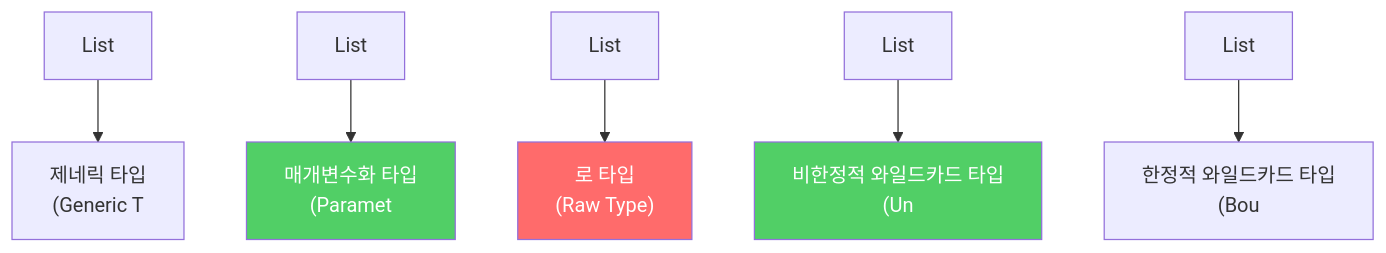
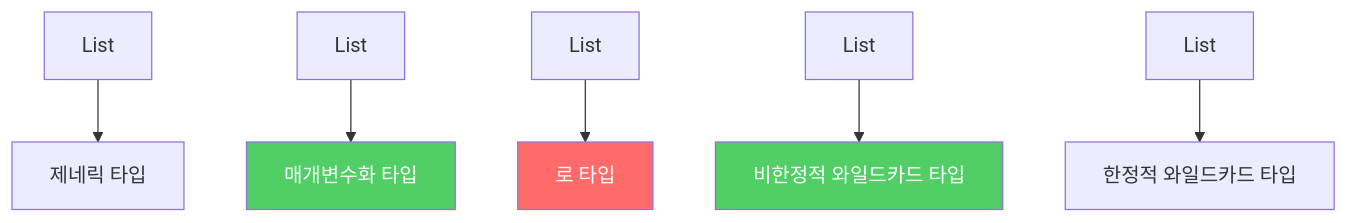
Before and after one commit to yjkim2015/yjkim2015.github.io: the third of 3 diagrams in _posts/java/2022-01-05-effective-java26.md, drawn with Mermaid. The commit also changed other lines of this file and 217 other files, not shown here.

First line of the commit message:
Mermaid 크기 수정: useMaxWidth:true + SVG max-width:100% + 라벨 축소

````diff
--- a/_posts/java/2022-01-05-effective-java26.md
+++ b/_posts/java/2022-01-05-effective-java26.md
@@ -191,11 +191,11 @@
 ```mermaid
 graph TD
-    A["List<E>"] --> B["제네릭 타입\n(Generic T"]
-    C["List<String>"] --> D["매개변수화 타입\n(Paramet"]
-    E["List"] --> F["로 타입\n(Raw Type)"]
-    G["List<?>"] --> H["비한정적 와일드카드 타입\n(Un"]
-    I["List<? extends Num"] --> J["한정적 와일드카드 타입\n(Bou"]
+    A["List<E>"] --> B["제네릭 타입"]
+    C["List<String>"] --> D["매개변수화 타입"]
+    E["List"] --> F["로 타입"]
+    G["List<?>"] --> H["비한정적 와일드카드 타입"]
+    I["List<? extends Num"] --> J["한정적 와일드카드 타입"]
     style F fill:#ff6b6b,color:#fff
     style D fill:#51cf66,color:#fff
     style H fill:#51cf66,color:#fff
 ```
````
